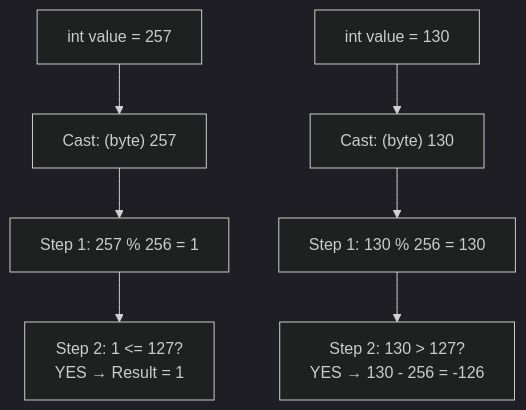
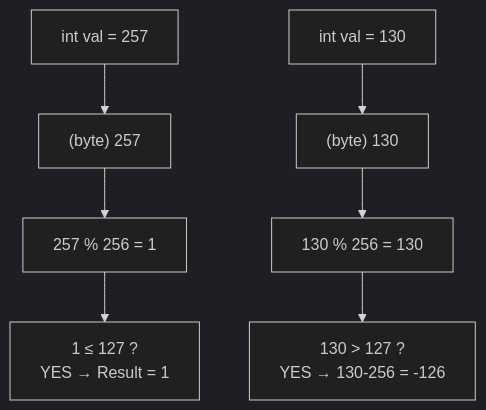
The fourth of 5 diagrams in JAVA/04-Variables_Data_Types_&_Type_Conversion.md (Kshitijgul/Notes), drawn with Mermaid (dark theme) before and after one commit. The commit also changed other lines of this file and 9 other files, not shown here.

````diff
--- a/JAVA/04-Variables_Data_Types_&_Type_Conversion.md
+++ b/JAVA/04-Variables_Data_Types_&_Type_Conversion.md
@@ -749,10 +940,10 @@
 ```mermaid
 flowchart TD
-    A["int value = 257"] --> B["Cast: (byte) 257"]
-    B --> C["Step 1: 257 % 256 = 1"]
-    C --> D["Step 2: 1 <= 127?\nYES → Result = 1"]
+    A["int val = 257"] --> B["(byte) 257"]
+    B --> C["257 % 256 = 1"]
+    C --> D["1 ≤ 127 ?\nYES → Result = 1"]
 
-    E["int value = 130"] --> F["Cast: (byte) 130"]
-    F --> G["Step 1: 130 % 256 = 130"]
-    G --> H["Step 2: 130 > 127?\nYES → 130 - 256 = -126"]
+    E["int val = 130"] --> F["(byte) 130"]
+    F --> G["130 % 256 = 130"]
+    G --> H["130 > 127 ?\nYES → 130-256 = -126"]
 ```
````
